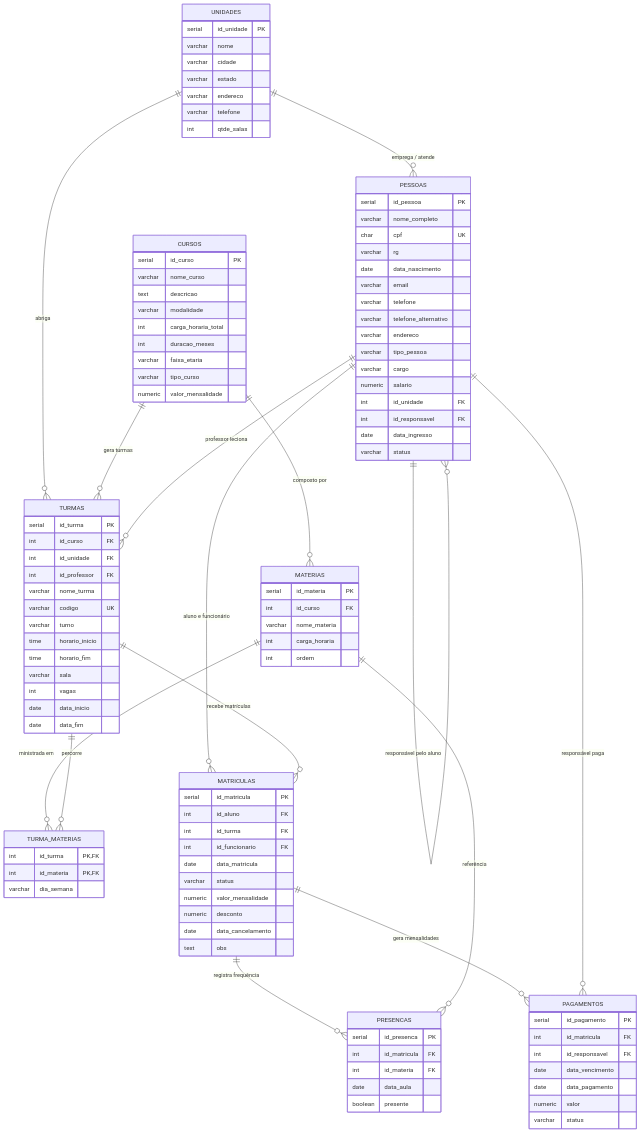
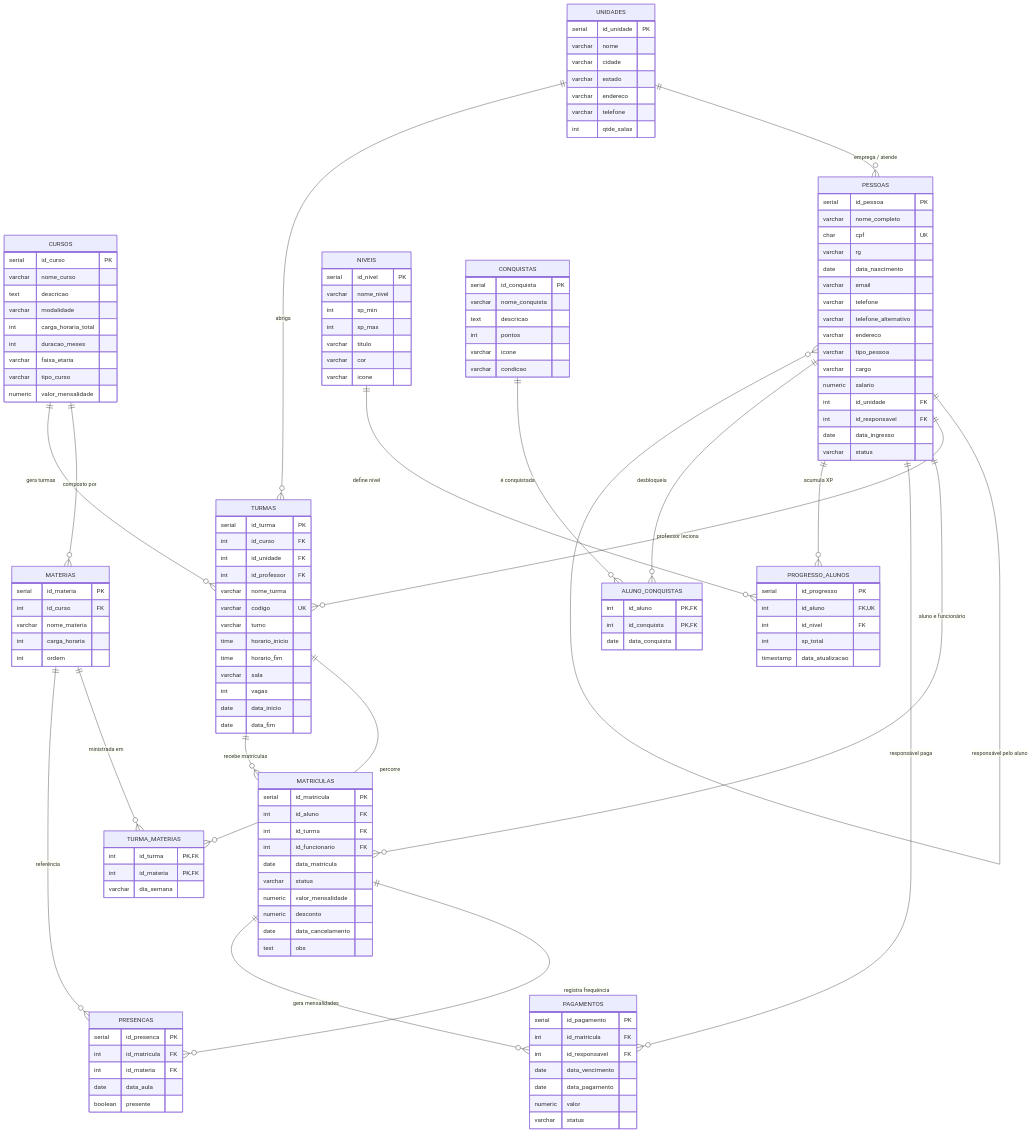
The diagram in README.md (matmvb/Atividade-Banco-de-Dados-PgAdmin-), drawn with Mermaid before and after one commit. The commit also changed other lines of this file and 16 other files, not shown here.

````diff
--- a/README.md
+++ b/README.md
@@ -172,6 +197,39 @@
         varchar status
     }
 
+    NIVEIS {
+        serial id_nivel PK
+        varchar nome_nivel
+        int xp_min
+        int xp_max
+        varchar titulo
+        varchar cor
+        varchar icone
+    }
+
+    CONQUISTAS {
+        serial id_conquista PK
+        varchar nome_conquista
+        text descricao
+        int pontos
+        varchar icone
+        varchar condicao
+    }
+
+    PROGRESSO_ALUNOS {
+        serial id_progresso PK
+        int id_aluno FK,UK
+        int id_nivel FK
+        int xp_total
+        timestamp data_atualizacao
+    }
+
+    ALUNO_CONQUISTAS {
+        int id_aluno PK,FK
+        int id_conquista PK,FK
+        date data_conquista
+    }
+
     UNIDADES ||--o{ PESSOAS : "emprega / atende"
     UNIDADES ||--o{ TURMAS : "abriga"
     CURSOS ||--o{ MATERIAS : "composto por"
@@ -186,4 +244,8 @@
     MATERIAS ||--o{ PRESENCAS : "referência"
     MATRICULAS ||--o{ PAGAMENTOS : "gera mensalidades"
     PESSOAS ||--o{ PAGAMENTOS : "responsável paga"
+    NIVEIS     ||--o{ PROGRESSO_ALUNOS : "define nível"
+    PESSOAS    ||--o{ PROGRESSO_ALUNOS : "acumula XP"
+    PESSOAS    ||--o{ ALUNO_CONQUISTAS : "desbloqueia"
+    CONQUISTAS ||--o{ ALUNO_CONQUISTAS : "é conquistada"
 ```
````
